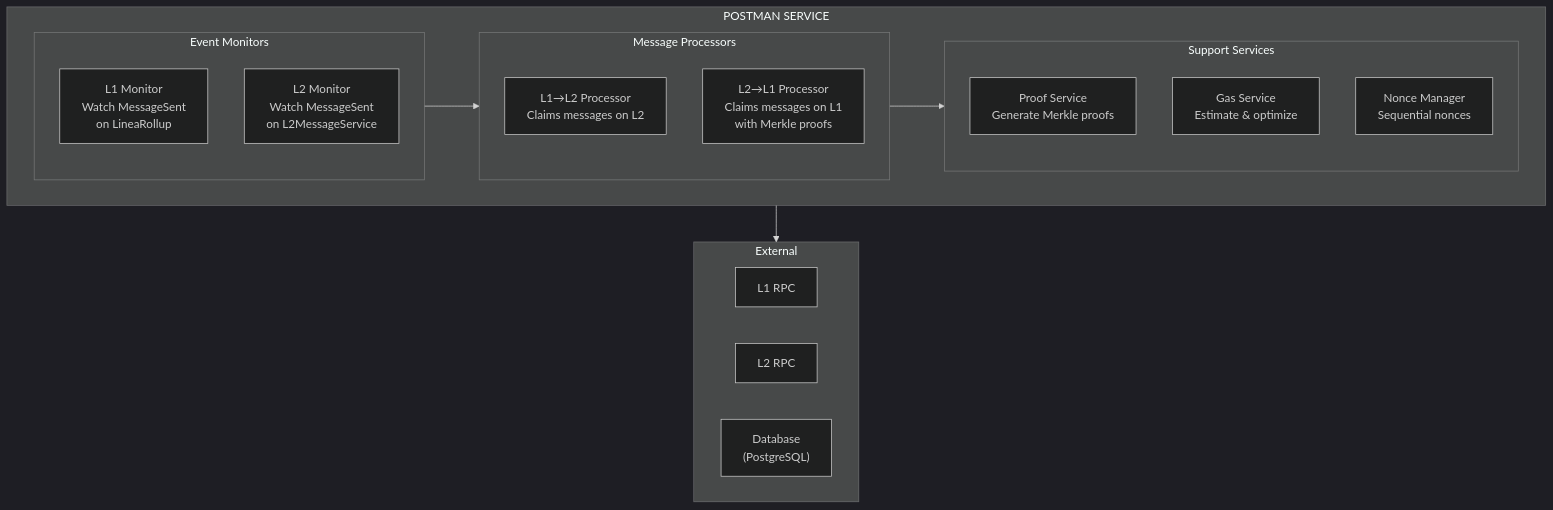
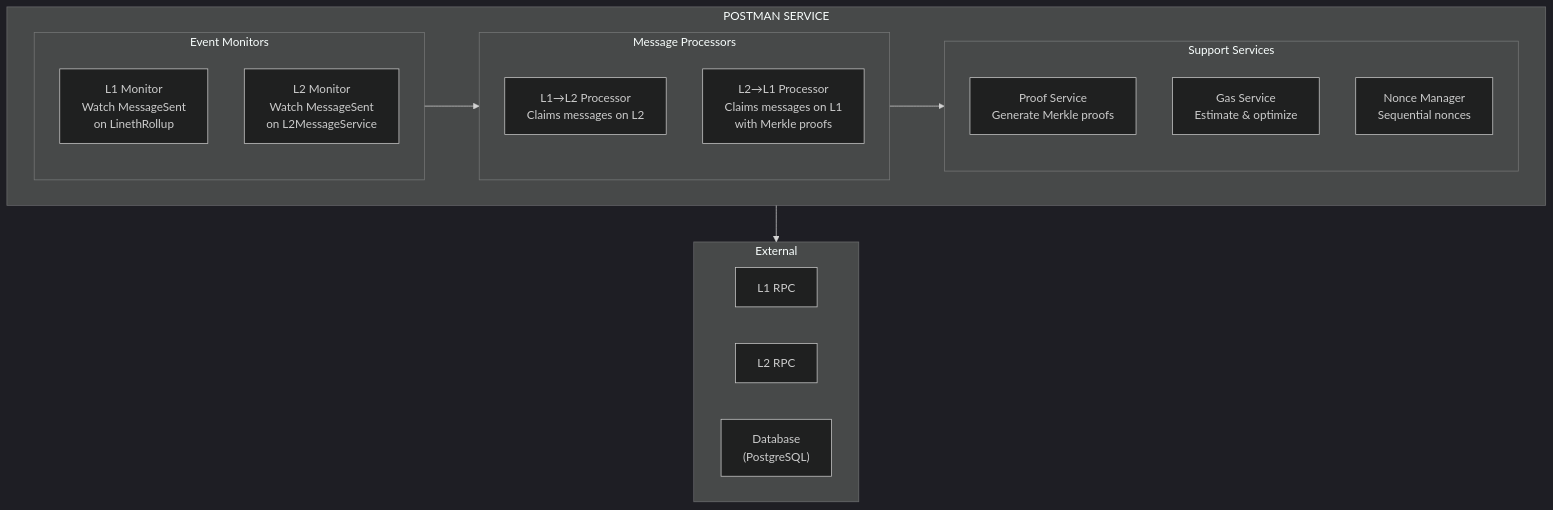
Before and after one commit to LFDT-Lineth/lineth-monorepo: the diagram in docs/tech/diagrams/postman-architecture.mmd, drawn with Mermaid (dark theme). The commit also changed 248 other files, not shown here.

First line of the commit message:
chore(contracts): rename LineaRollup to LinethRollup

```diff
--- a/docs/tech/diagrams/postman-architecture.mmd
+++ b/docs/tech/diagrams/postman-architecture.mmd
@@ -1,29 +1,29 @@
 %% Postman Service Architecture
 flowchart TB
     subgraph Postman["POSTMAN SERVICE"]
         subgraph Monitors["Event Monitors"]
-            L1Monitor["L1 Monitor<br/>Watch MessageSent<br/>on LineaRollup"]
+            L1Monitor["L1 Monitor<br/>Watch MessageSent<br/>on LinethRollup"]
             L2Monitor["L2 Monitor<br/>Watch MessageSent<br/>on L2MessageService"]
         end
 
         subgraph Processors["Message Processors"]
             L1ToL2["L1→L2 Processor<br/>Claims messages on L2"]
             L2ToL1["L2→L1 Processor<br/>Claims messages on L1<br/>with Merkle proofs"]
         end
 
         subgraph Services["Support Services"]
             ProofService["Proof Service<br/>Generate Merkle proofs"]
             GasService["Gas Service<br/>Estimate & optimize"]
             NonceService["Nonce Manager<br/>Sequential nonces"]
         end
     end
 
     subgraph External["External"]
         L1RPC["L1 RPC"]
         L2RPC["L2 RPC"]
         Database["Database<br/>(PostgreSQL)"]
     end
 
     Monitors --> Processors
     Processors --> Services
     Postman --> External
```
